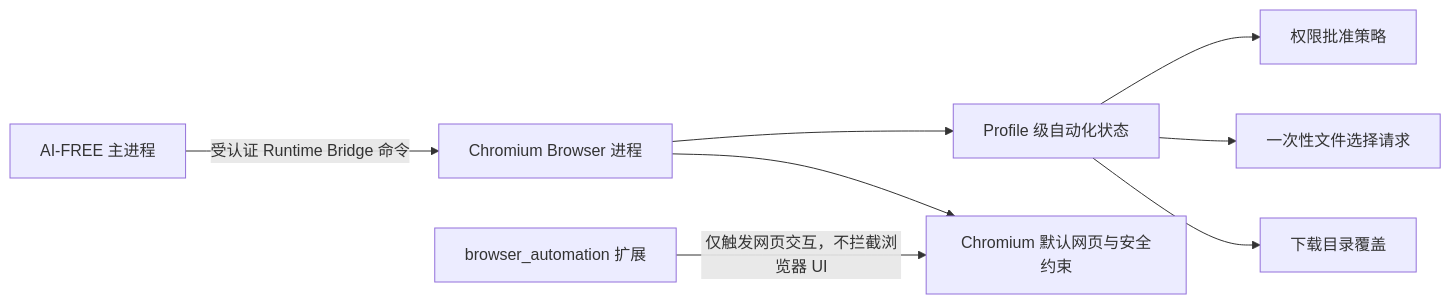
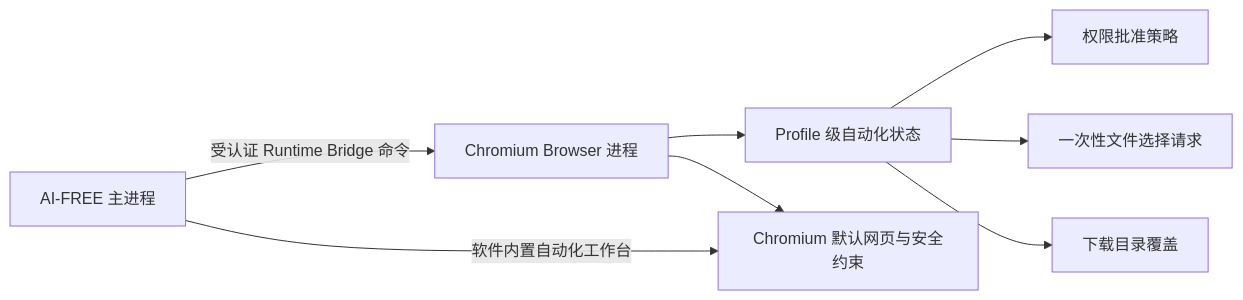
One commit to Blight001/app2.0 changed the diagram in docs/chromium-150-automation-enhancement-design.md. Above: the diagram before and after it, drawn with Mermaid. The commit also changed other lines of this file and 178 other files, not shown here.

````diff
--- a/docs/chromium-150-automation-enhancement-design.md
+++ b/docs/chromium-150-automation-enhancement-design.md
@@ -37,10 +37,10 @@
 ```mermaid
 flowchart LR
     A["AI-FREE 主进程"] -->|"受认证 Runtime Bridge 命令"| B["Chromium Browser 进程"]
     B --> C["Profile 级自动化状态"]
     C --> D["权限批准策略"]
     C --> E["一次性文件选择请求"]
     C --> F["下载目录覆盖"]
     B --> G["Chromium 默认网页与安全约束"]
-    H["browser_automation 扩展"] -->|"仅触发网页交互，不拦截浏览器 UI"| G
+    A -->|"软件内置自动化工作台"| G
 ```
````
